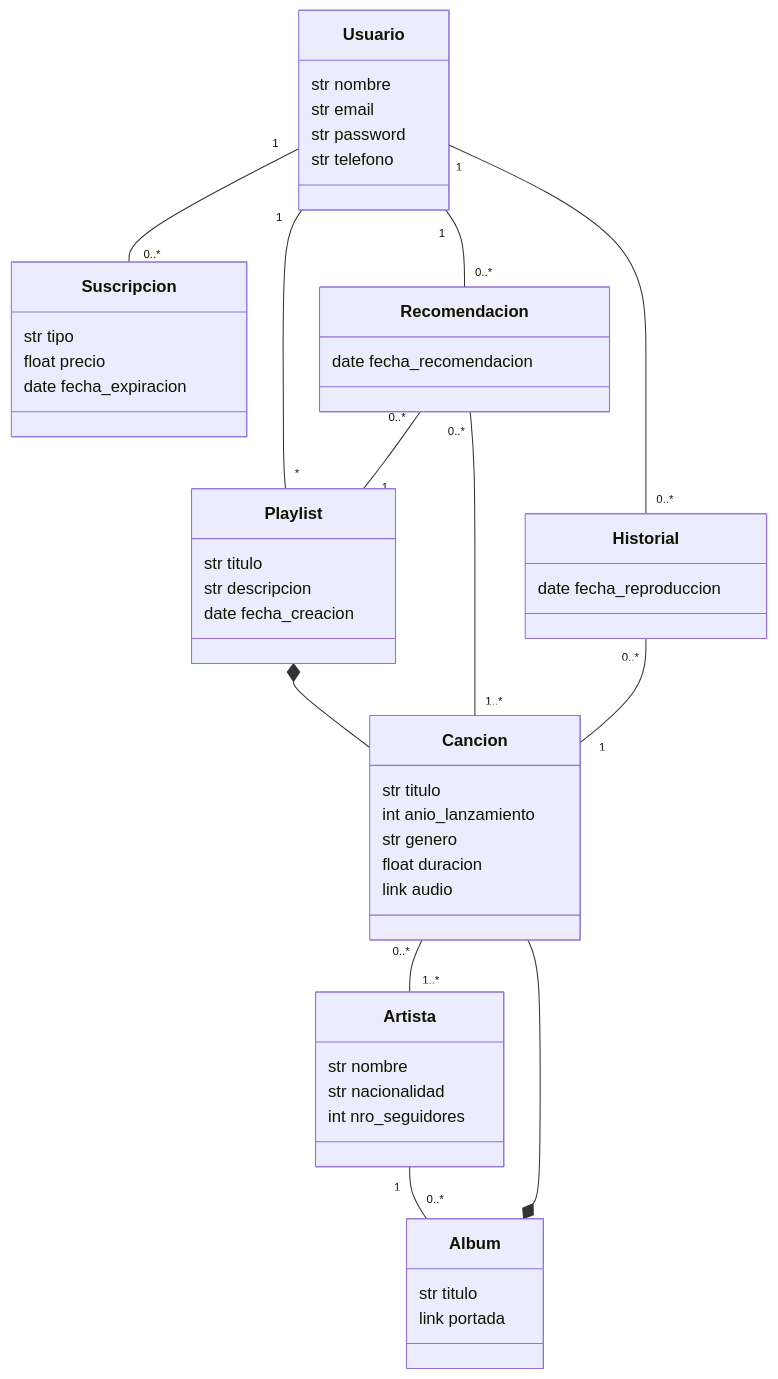
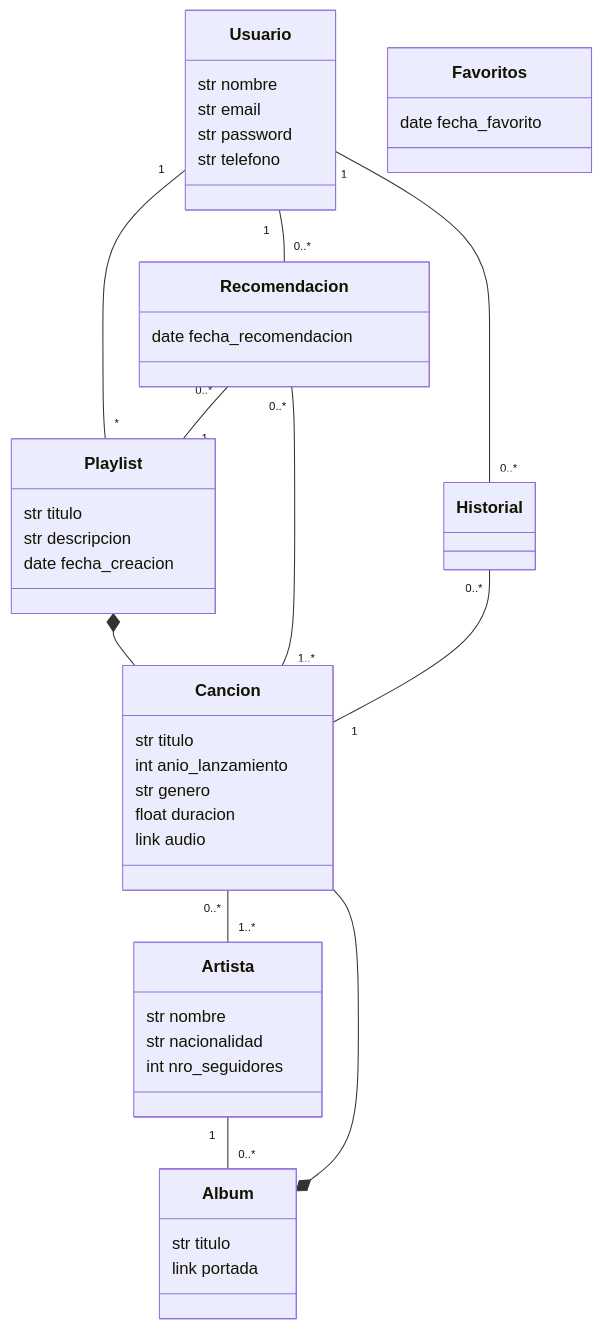
The diagram in TPI/PROYECTO.md (flechaVivas/G2307), drawn with Mermaid before and after one commit.

````diff
--- a/TPI/PROYECTO.md
+++ b/TPI/PROYECTO.md
@@ -16,36 +16,32 @@
 ```mermaid
 classDiagram
 Usuario "1" -- "*" Playlist: 
 Playlist *-- Cancion
 Cancion "0..*" -- "1..*" Artista
 Artista "1" --  "0..*" Album
 Album *-- Cancion 
-Usuario "1" -- "0..*" Suscripcion
 Usuario "1" -- "0..*" Recomendacion
 Recomendacion "0..*" -- "1..*" Cancion 
 Recomendacion "0..*" -- "1" Playlist 
 Usuario "1" -- "0..*" Historial
 Historial "0..*" -- "1" Cancion
 Usuario : str nombre
 Usuario : str email
 Usuario : str password
 Usuario : str telefono
 Playlist: str titulo
 Playlist: str descripcion
 Playlist: date fecha_creacion
 Cancion: str titulo
 Cancion: int anio_lanzamiento
 Cancion: str genero
 Cancion: float duracion
 Cancion: link audio
 Artista: str nombre
 Artista: str nacionalidad
 Artista: int nro_seguidores
 Album: str titulo
 Album: link portada
-Suscripcion: str tipo
-Suscripcion: float precio
-Suscripcion: date fecha_expiracion
 Recomendacion: date fecha_recomendacion
-Historial: date fecha_reproduccion
+Favoritos: date fecha_favorito
 ```  
````
